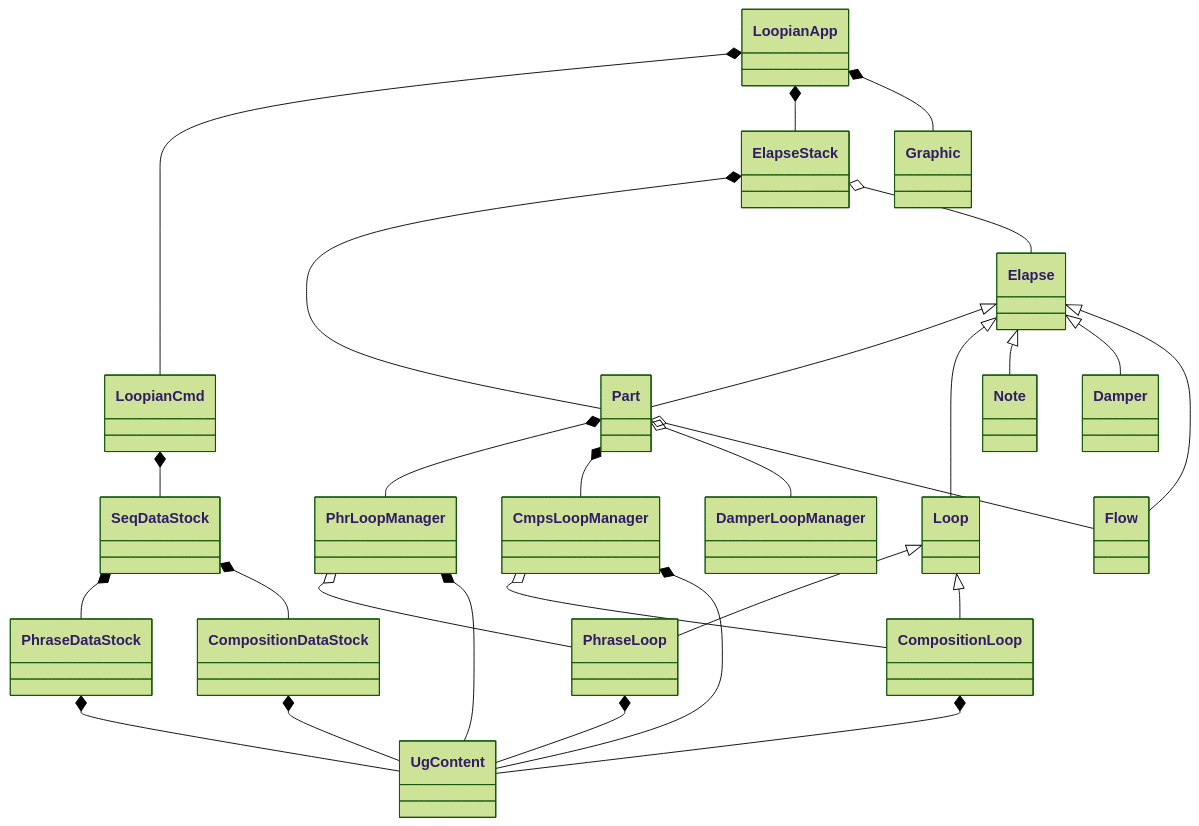
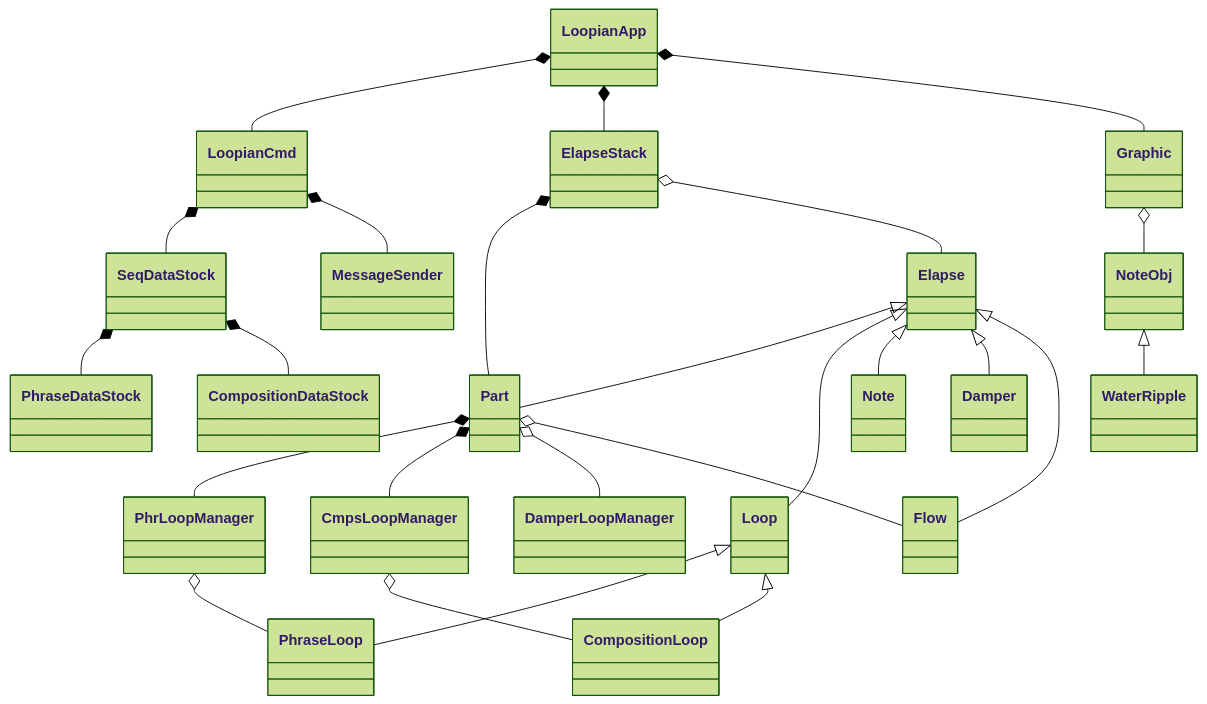
One commit to hasebems/Loopian_Rust changed the diagram in doc/idea.md. Above: the diagram before and after it, drawn with Mermaid (forest theme). The commit also changed other lines of this file and 1 other file, not shown here.

Commit message:
4拍目と次の1拍目に休符を入れると、音価が変わるバグ修正

````diff
--- a/doc/idea.md
+++ b/doc/idea.md
@@ -111,30 +111,27 @@
 ```mermaid
 classDiagram
 LoopianApp *-- LoopianCmd
 LoopianApp *-- ElapseStack
 LoopianApp *-- Graphic
 Elapse <|-- Part
 Elapse <|-- Loop
 Loop <|-- PhraseLoop
 Loop <|-- CompositionLoop
 Elapse <|-- Note
 Elapse <|-- Damper
 Elapse <|-- Flow
 ElapseStack *-- Part
 ElapseStack o-- Elapse
 LoopianCmd *-- SeqDataStock
+LoopianCmd *-- MessageSender
 SeqDataStock *-- PhraseDataStock
 SeqDataStock *-- CompositionDataStock
 Part *-- PhrLoopManager
 Part *-- CmpsLoopManager
 Part o-- DamperLoopManager
 Part o-- Flow
 PhrLoopManager o-- PhraseLoop
 CmpsLoopManager o-- CompositionLoop
-PhrLoopManager *-- UgContent
-CmpsLoopManager *-- UgContent
-PhraseLoop *-- UgContent
-CompositionLoop *-- UgContent
-PhraseDataStock *-- UgContent
-CompositionDataStock *-- UgContent
+Graphic o-- NoteObj
+NoteObj <|-- WaterRipple
 ```
````
